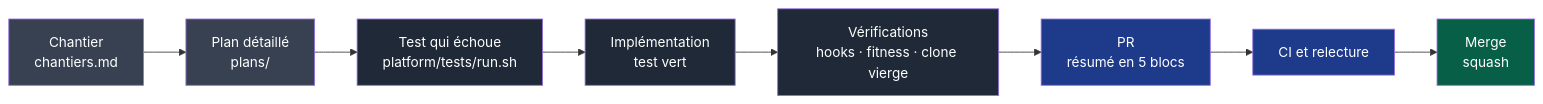
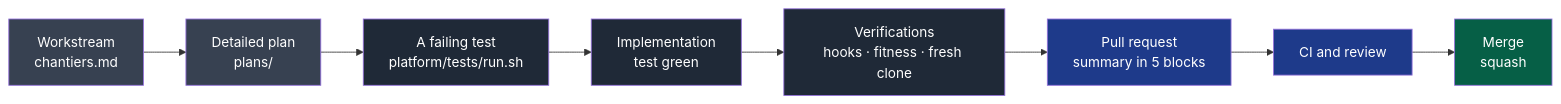
One commit to NapkinStack/engineering-os changed the first of 2 diagrams in CONTRIBUTING.md. Above: the diagram before and after it, drawn with Mermaid. The commit also changed other lines of this file and 34 other files, not shown here.

````diff
--- a/CONTRIBUTING.md
+++ b/CONTRIBUTING.md
@@ -8,15 +8,15 @@
 ```mermaid
 flowchart LR
-    C["Chantier<br/>chantiers.md"]:::suivi --> P["Plan détaillé<br/>plans/"]:::suivi
-    P --> T["Test qui échoue<br/>platform/tests/run.sh"]:::code
-    T --> I["Implémentation<br/>test vert"]:::code
-    I --> V["Vérifications<br/>hooks · fitness · clone vierge"]:::code
-    V --> R["PR<br/>résumé en 5 blocs"]:::revue
-    R --> CI["CI et relecture"]:::revue
-    CI --> M["Merge<br/>squash"]:::fin
+    C["Workstream<br/>chantiers.md"]:::tracking --> P["Detailed plan<br/>plans/"]:::tracking
+    P --> T["A failing test<br/>platform/tests/run.sh"]:::code
+    T --> I["Implementation<br/>test green"]:::code
+    I --> V["Verifications<br/>hooks · fitness · fresh clone"]:::code
+    V --> R["Pull request<br/>summary in 5 blocks"]:::review
+    R --> CI["CI and review"]:::review
+    CI --> M["Merge<br/>squash"]:::done
 
-    classDef suivi fill:#374151,color:#fff
+    classDef tracking fill:#374151,color:#fff
     classDef code fill:#1f2937,color:#fff
-    classDef revue fill:#1e3a8a,color:#fff
-    classDef fin fill:#065f46,color:#fff
+    classDef review fill:#1e3a8a,color:#fff
+    classDef done fill:#065f46,color:#fff
 ```
````
